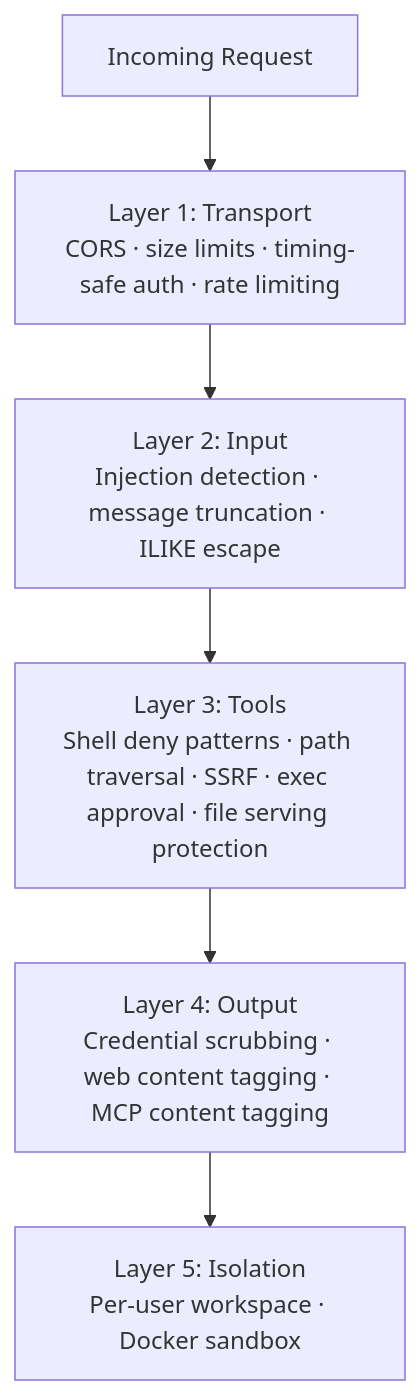
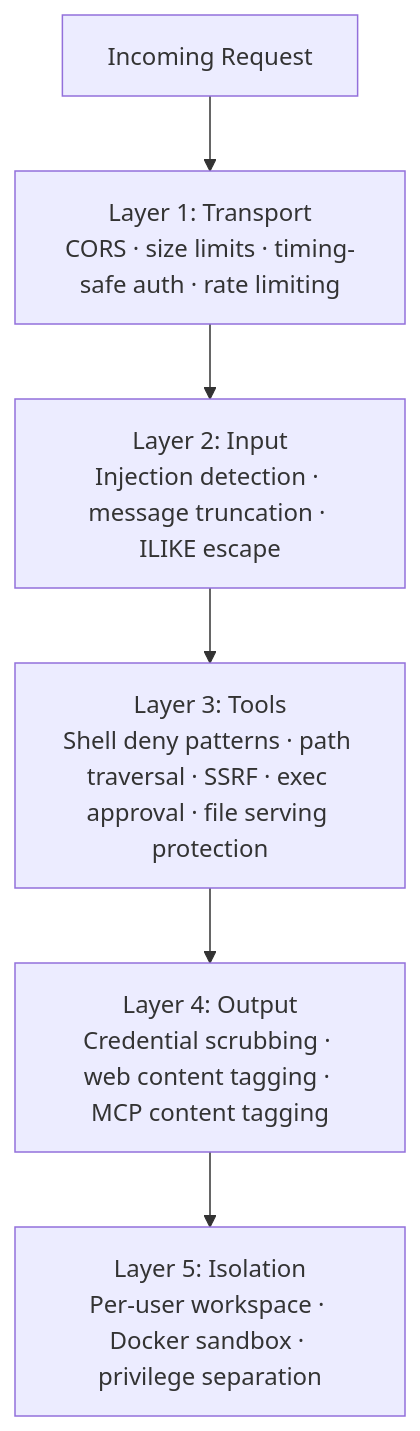
Before and after one commit to q1t-architect/goclaw-docs: the first of 2 diagrams in deployment/security-hardening.md, drawn with Mermaid. The commit also changed other lines of this file and 367 other files, not shown here.

````diff
--- a/deployment/security-hardening.md
+++ b/deployment/security-hardening.md
@@ -9,8 +9,8 @@
 ```mermaid
 flowchart TD
     REQ["Incoming Request"] --> L1["Layer 1: Transport\nCORS · size limits · timing-safe auth · rate limiting"]
     L1 --> L2["Layer 2: Input\nInjection detection · message truncation · ILIKE escape"]
     L2 --> L3["Layer 3: Tools\nShell deny patterns · path traversal · SSRF · exec approval · file serving protection"]
     L3 --> L4["Layer 4: Output\nCredential scrubbing · web content tagging · MCP content tagging"]
-    L4 --> L5["Layer 5: Isolation\nPer-user workspace · Docker sandbox"]
+    L4 --> L5["Layer 5: Isolation\nPer-user workspace · Docker sandbox · privilege separation"]
 ```
````
